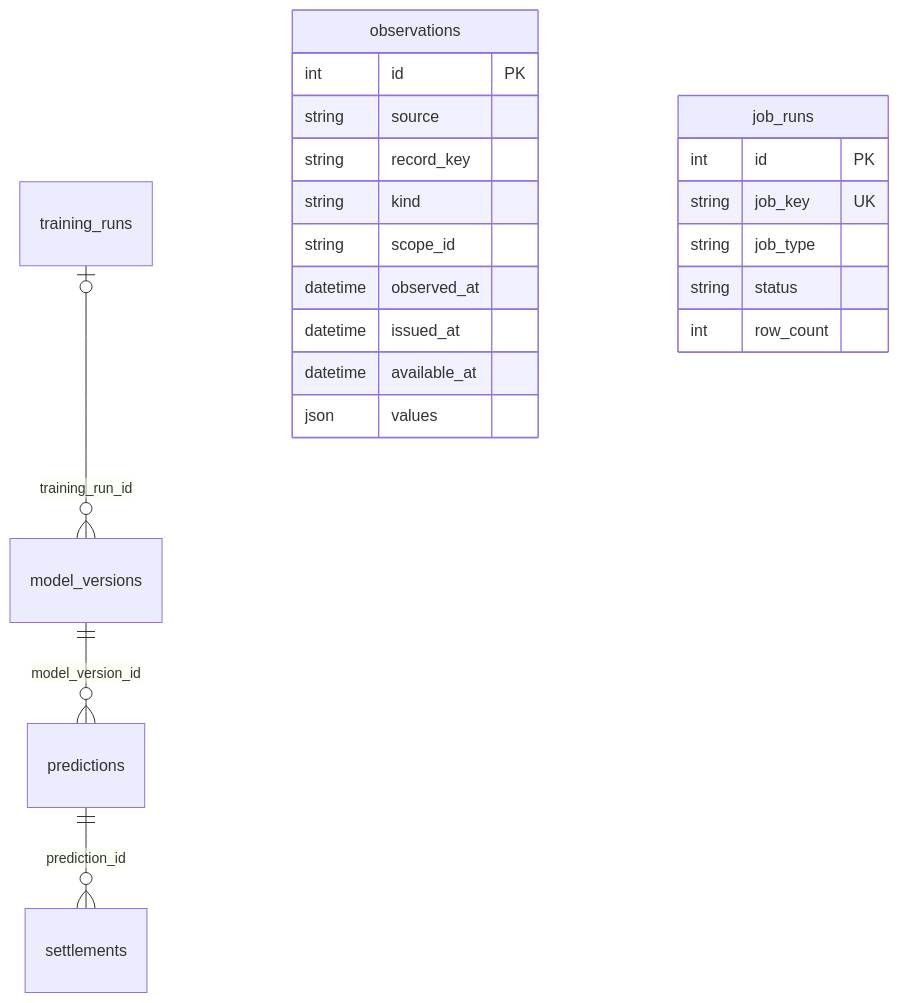
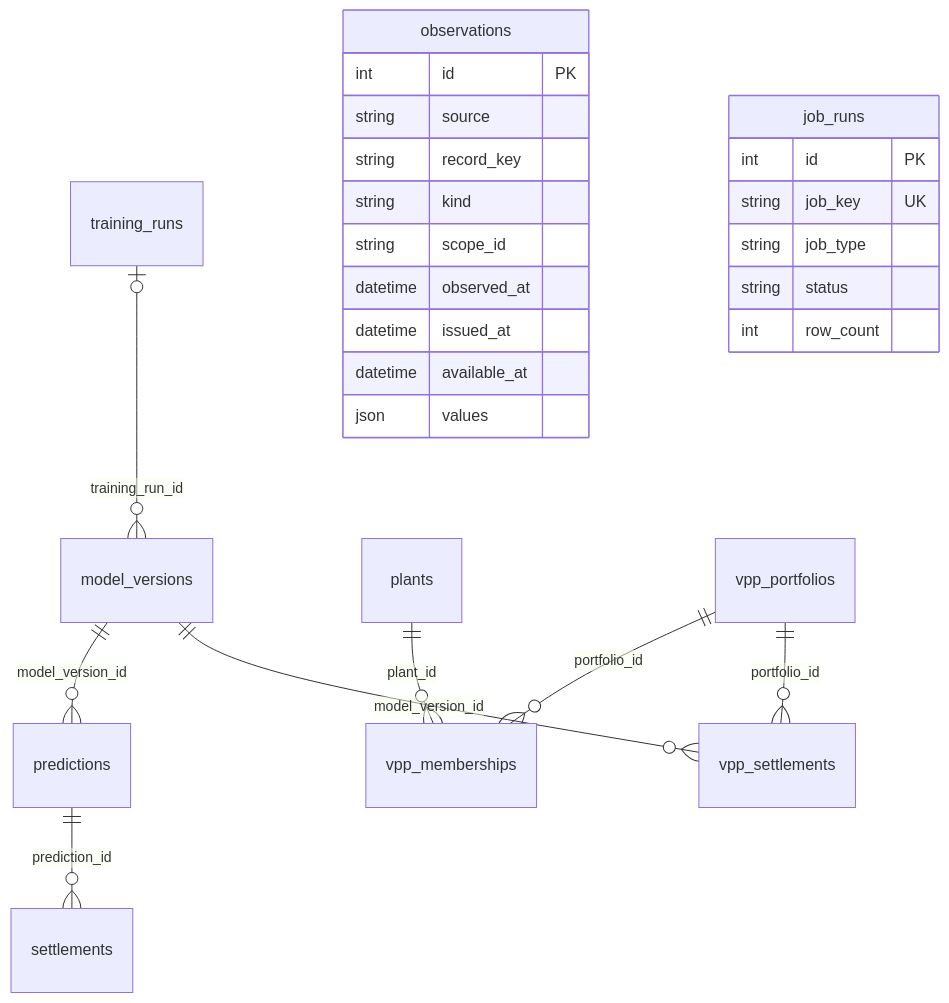
The second of 3 diagrams in docs/SYSTEM_OVERVIEW.md (JungGM/Solar_Believer), drawn with Mermaid before and after one commit. The commit also changed other lines of this file and 26 other files, not shown here.

Commit message:
feat: add Korea map and VPP period/model dashboard

````diff
--- a/docs/SYSTEM_OVERVIEW.md
+++ b/docs/SYSTEM_OVERVIEW.md
@@ -64,24 +68,28 @@
 ```mermaid
 erDiagram
     training_runs o|--o{ model_versions : training_run_id
     model_versions ||--o{ predictions : model_version_id
     predictions ||--o{ settlements : prediction_id
+    plants ||--o{ vpp_memberships : plant_id
+    vpp_portfolios ||--o{ vpp_memberships : portfolio_id
+    vpp_portfolios ||--o{ vpp_settlements : portfolio_id
+    model_versions ||--o{ vpp_settlements : model_version_id
     observations {
         int id PK
         string source
         string record_key
         string kind
         string scope_id
         datetime observed_at
         datetime issued_at
         datetime available_at
         json values
     }
     job_runs {
         int id PK
         string job_key UK
         string job_type
         string status
         int row_count
     }
 ```
````
